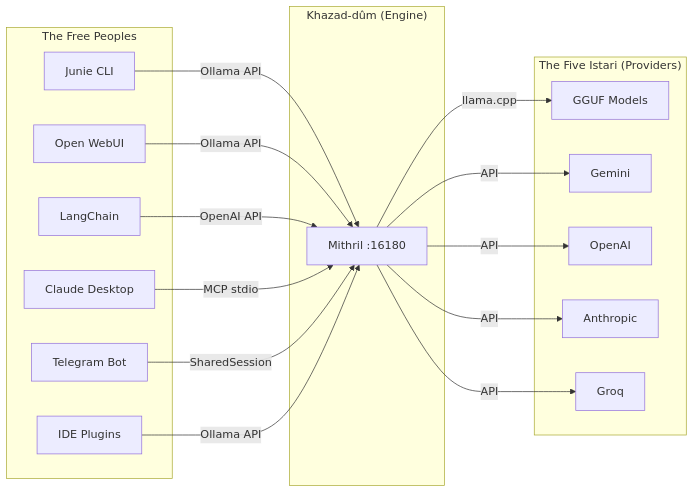
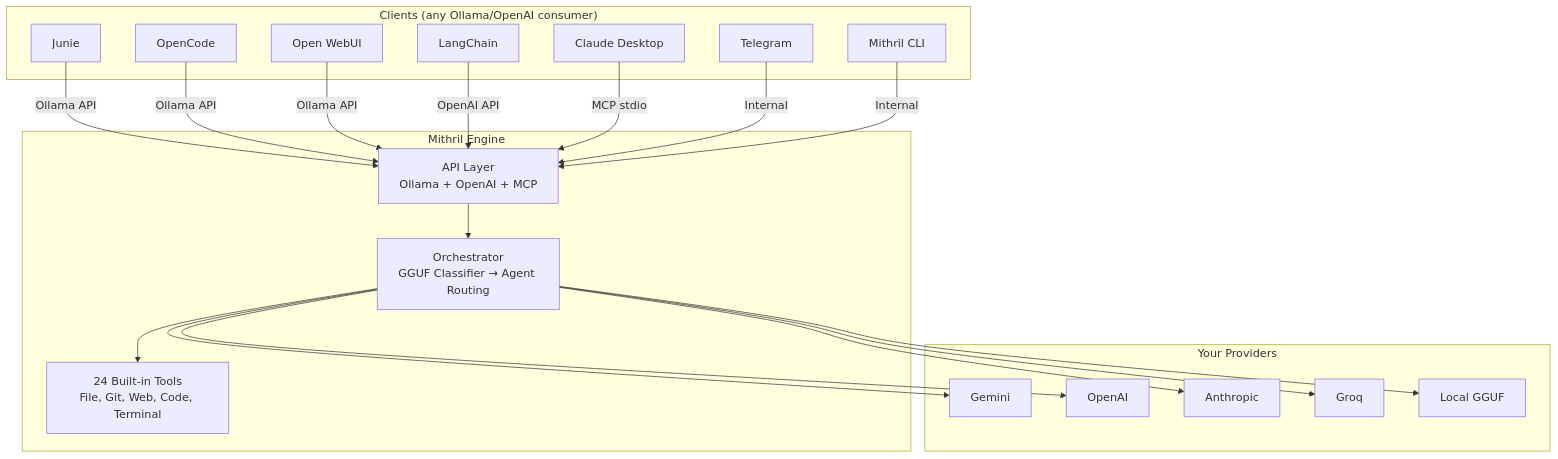
One commit to GiacomoSaccaggi/Mithril changed the diagram in README.md. Above: the diagram before and after it, drawn with Mermaid. The commit also changed other lines of this file and 83 other files, not shown here.

````diff
--- a/README.md
+++ b/README.md
@@ -17,35 +71,42 @@
 ```mermaid
-graph LR
-    subgraph "The Free Peoples"
-        A[Junie CLI]
-        B[Open WebUI]
-        C[LangChain]
-        D[Claude Desktop]
-        E[Telegram Bot]
-        F[IDE Plugins]
+graph TB
+    subgraph "Clients (any Ollama/OpenAI consumer)"
+        J[Junie]
+        O[OpenCode]
+        W[Open WebUI]
+        L[LangChain]
+        C[Claude Desktop]
+        T[Telegram]
+        CLI[Mithril CLI]
     end
-    
-    subgraph "Khazad-dûm (Engine)"
-        M[Mithril :16180]
+
+    subgraph "Mithril Engine"
+        API[API Layer<br/>Ollama + OpenAI + MCP]
+        ORCH[Orchestrator<br/>GGUF Classifier → Agent Routing]
+        TOOLS[24 Built-in Tools<br/>File, Git, Web, Code, Terminal]
     end
-    
-    subgraph "The Five Istari (Providers)"
-        G[GGUF Models]
-        H[Gemini]
-        I[OpenAI]
-        J[Anthropic]
-        K[Groq]
+
+    subgraph "Your Providers"
+        G[Gemini]
+        GPT[OpenAI]
+        A[Anthropic]
+        GR[Groq]
+        LOCAL[Local GGUF]
     end
-    
-    A -->|Ollama API| M
-    B -->|Ollama API| M
-    C -->|OpenAI API| M
-    D -->|MCP stdio| M
-    E -->|SharedSession| M
-    F -->|Ollama API| M
-    M -->|llama.cpp| G
-    M -->|API| H
-    M -->|API| I
-    M -->|API| J
-    M -->|API| K
+
+    J -->|Ollama API| API
+    O -->|Ollama API| API
+    W -->|Ollama API| API
+    L -->|OpenAI API| API
+    C -->|MCP stdio| API
+    T -->|Internal| API
+    CLI -->|Internal| API
+
+    API --> ORCH
+    ORCH --> G
+    ORCH --> GPT
+    ORCH --> A
+    ORCH --> GR
+    ORCH --> LOCAL
+    ORCH --> TOOLS
 ```
````
